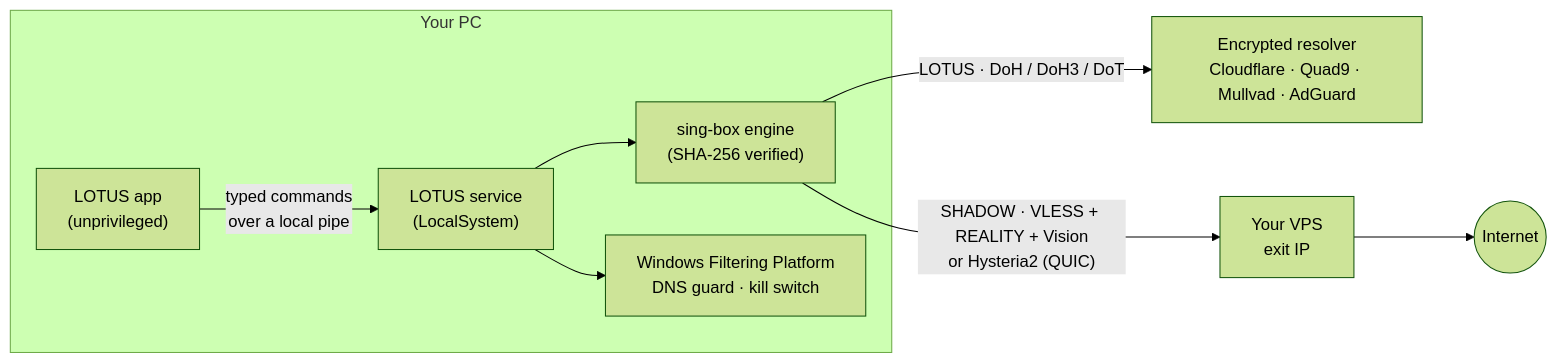
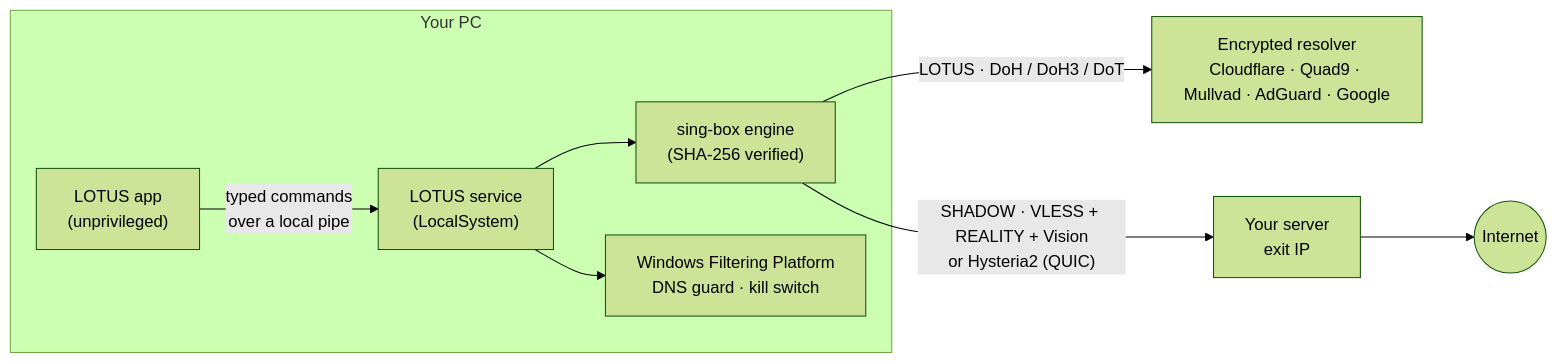
The diagram in README.md (HighSkai/Lotus), drawn with Mermaid (forest theme) before and after one commit. The commit also changed other lines of this file and 11 other files, not shown here.

````diff
--- a/README.md
+++ b/README.md
@@ -68,11 +87,11 @@
 ```mermaid
 flowchart LR
   subgraph PC["Your PC"]
     UI["LOTUS app<br/>(unprivileged)"] -- "typed commands<br/>over a local pipe" --> SVC["LOTUS service<br/>(LocalSystem)"]
     SVC --> ENG["sing-box engine<br/>(SHA-256 verified)"]
     SVC --> WFP["Windows Filtering Platform<br/>DNS guard · kill switch"]
   end
-  ENG -- "LOTUS · DoH / DoH3 / DoT" --> DNS["Encrypted resolver<br/>Cloudflare · Quad9 · Mullvad · AdGuard"]
-  ENG -- "SHADOW · VLESS + REALITY + Vision<br/>or Hysteria2 (QUIC)" --> VPS["Your VPS<br/>exit IP"]
+  ENG -- "LOTUS · DoH / DoH3 / DoT" --> DNS["Encrypted resolver<br/>Cloudflare · Quad9 · Mullvad · AdGuard · Google"]
+  ENG -- "SHADOW · VLESS + REALITY + Vision<br/>or Hysteria2 (QUIC)" --> VPS["Your server<br/>exit IP"]
   VPS --> NET(("Internet"))
 ```
````
